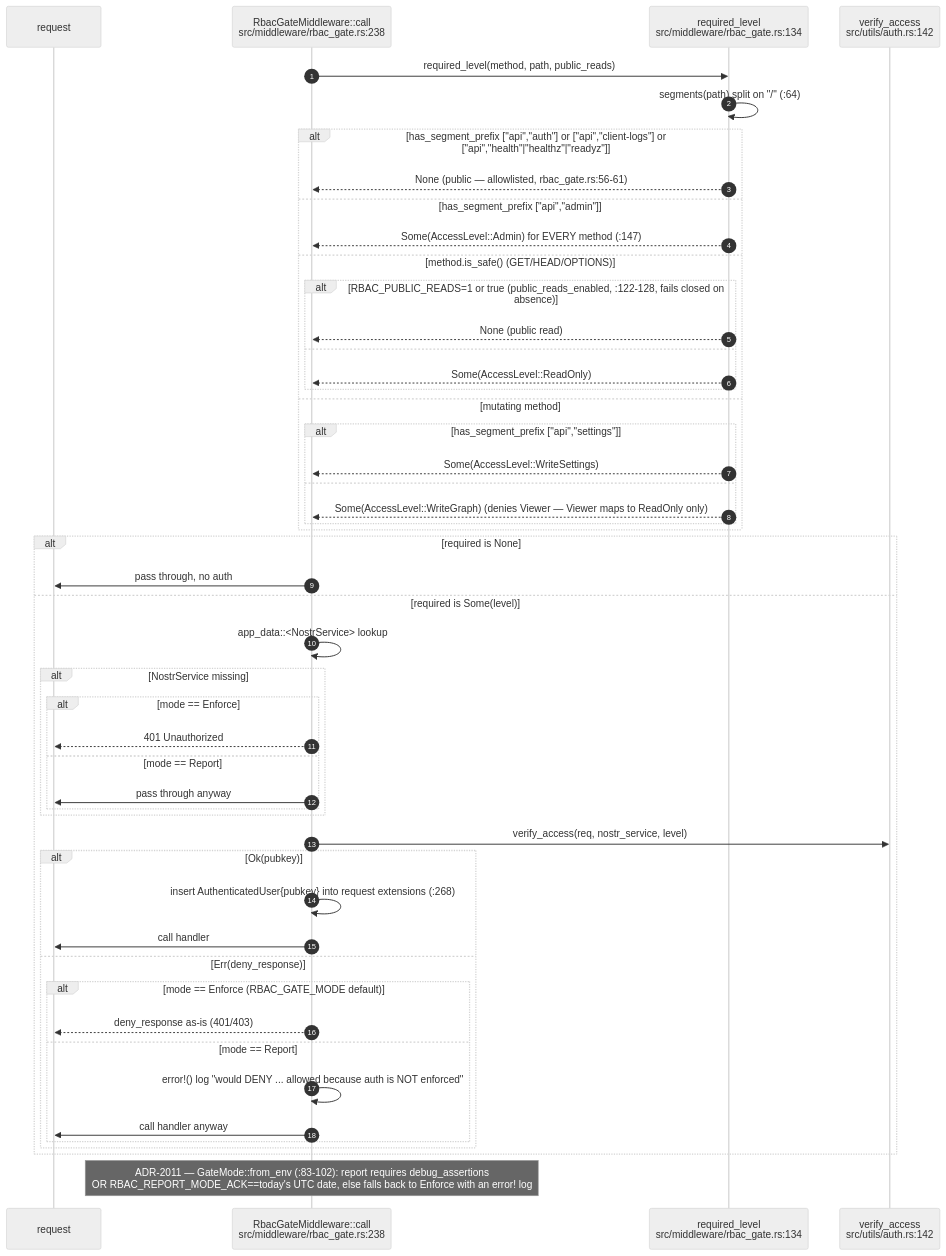
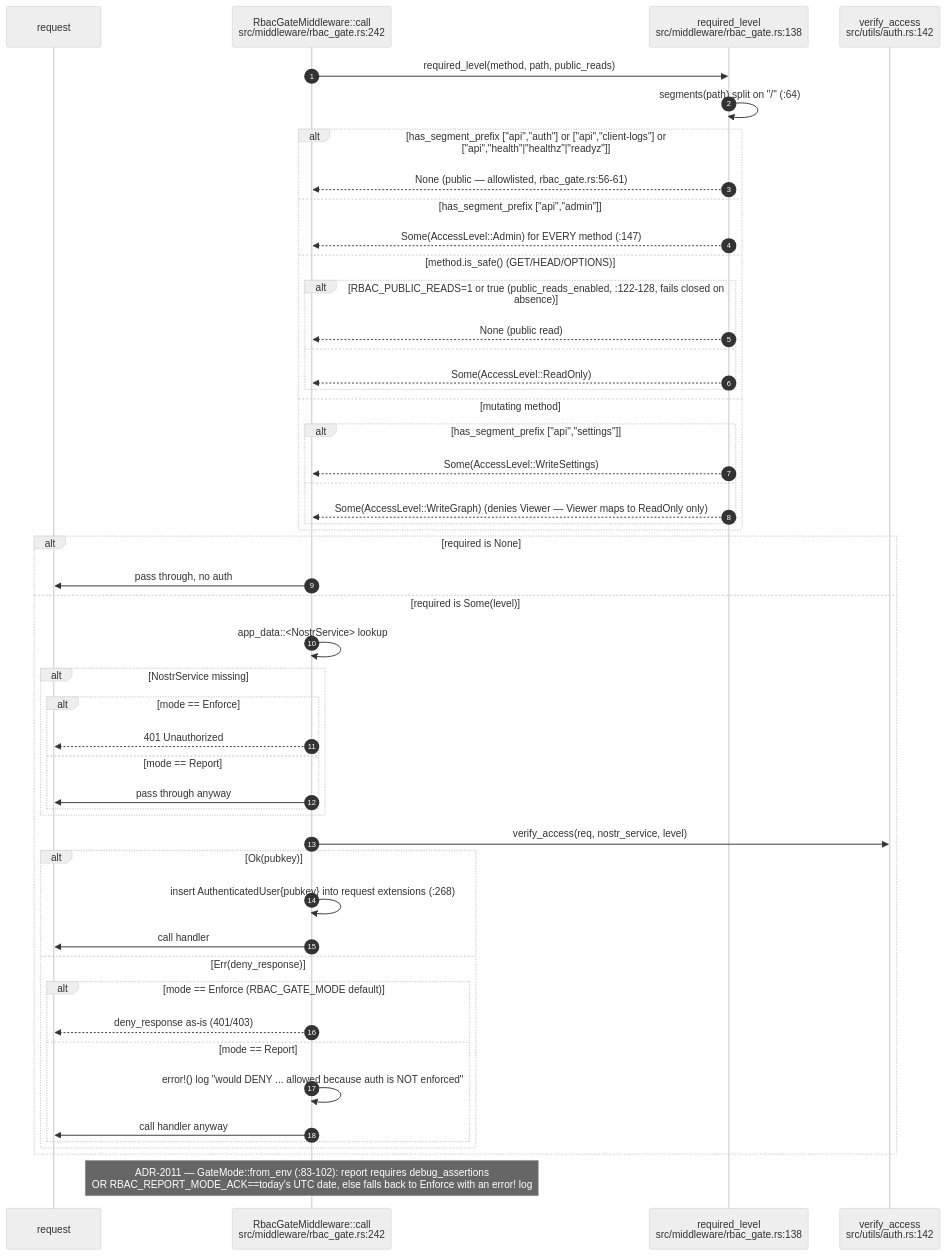
Before and after one commit to DreamLab-AI/AR-AI-Knowledge-Graph: the sixth of 16 diagrams in docs/diagrams/visionclaw/03-request-lifecycle-and-rbac.md, drawn with Mermaid (neutral theme). The commit also changed other lines of this file and 73 other files, not shown here.

First line of the commit message:
docs(diagrams): re-verify all 71 topic files against HEAD; add --cite-check

````diff
--- a/docs/diagrams/visionclaw/03-request-lifecycle-and-rbac.md
+++ b/docs/diagrams/visionclaw/03-request-lifecycle-and-rbac.md
@@ -284,53 +284,53 @@
 ```mermaid
 sequenceDiagram
     autonumber
     participant R as request
-    participant RG as RbacGateMiddleware::call<br/>src/middleware/rbac_gate.rs:238
-    participant RL as required_level<br/>src/middleware/rbac_gate.rs:134
+    participant RG as RbacGateMiddleware::call<br/>src/middleware/rbac_gate.rs:242
+    participant RL as required_level<br/>src/middleware/rbac_gate.rs:138
     participant VA as verify_access<br/>src/utils/auth.rs:142
 
     RG->>RL: required_level(method, path, public_reads)
     RL->>RL: segments(path) split on "/" (:64)
     alt has_segment_prefix ["api","auth"] or ["api","client-logs"] or ["api","health"|"healthz"|"readyz"]
         RL-->>RG: None (public — allowlisted, rbac_gate.rs:56-61)
     else has_segment_prefix ["api","admin"]
         RL-->>RG: Some(AccessLevel::Admin) for EVERY method (:147)
     else method.is_safe() (GET/HEAD/OPTIONS)
         alt RBAC_PUBLIC_READS=1 or true (public_reads_enabled, :122-128, fails closed on absence)
             RL-->>RG: None (public read)
         else
             RL-->>RG: Some(AccessLevel::ReadOnly)
         end
     else mutating method
         alt has_segment_prefix ["api","settings"]
             RL-->>RG: Some(AccessLevel::WriteSettings)
         else
             RL-->>RG: Some(AccessLevel::WriteGraph) (denies Viewer — Viewer maps to ReadOnly only)
         end
     end
     alt required is None
         RG->>R: pass through, no auth
     else required is Some(level)
         RG->>RG: app_data::<NostrService> lookup
         alt NostrService missing
             alt mode == Enforce
                 RG-->>R: 401 Unauthorized
             else mode == Report
                 RG->>R: pass through anyway
             end
         end
         RG->>VA: verify_access(req, nostr_service, level)
         alt Ok(pubkey)
             RG->>RG: insert AuthenticatedUser{pubkey} into request extensions (:268)
             RG->>R: call handler
         else Err(deny_response)
             alt mode == Enforce (RBAC_GATE_MODE default)
                 RG-->>R: deny_response as-is (401/403)
             else mode == Report
                 RG->>RG: error!() log "would DENY ... allowed because auth is NOT enforced"
                 RG->>R: call handler anyway
             end
         end
     end
     Note over RG: ADR-2011 — GateMode::from_env (:83-102): report requires debug_assertions<br/>OR RBAC_REPORT_MODE_ACK==today's UTC date, else falls back to Enforce with an error! log
 ```
````
